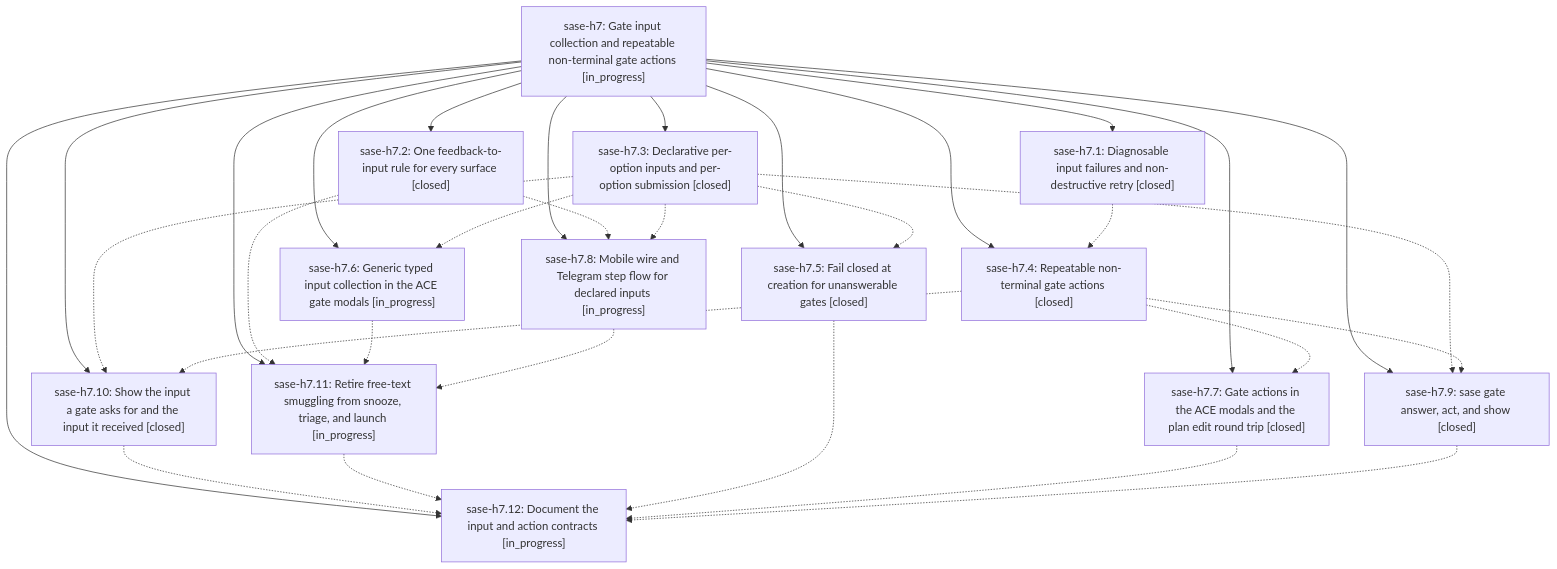
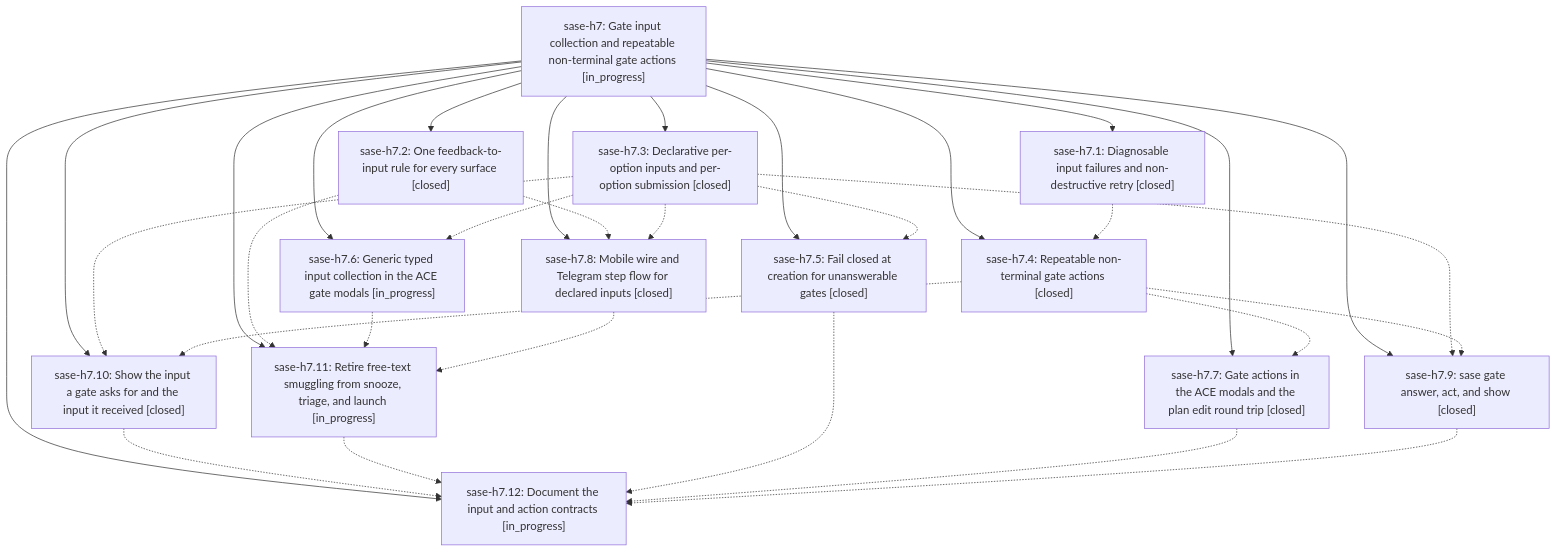
Before and after one commit to sase-org/sase--beads: the diagram in pages/sase-h7/README.md, drawn with Mermaid. The commit also changed other lines of this file and 5 other files, not shown here.

````diff
--- a/pages/sase-h7/README.md
+++ b/pages/sase-h7/README.md
@@ -56,46 +56,46 @@
 ```mermaid
 flowchart TD
     n0["sase-h7: Gate input collection and repeatable non-terminal gate actions [in_progress]"]
     n1["sase-h7.1: Diagnosable input failures and non-destructive retry [closed]"]
     n2["sase-h7.10: Show the input a gate asks for and the input it received [closed]"]
     n3["sase-h7.11: Retire free-text smuggling from snooze, triage, and launch [in_progress]"]
     n4["sase-h7.12: Document the input and action contracts [in_progress]"]
     n5["sase-h7.2: One feedback-to-input rule for every surface [closed]"]
     n6["sase-h7.3: Declarative per-option inputs and per-option submission [closed]"]
     n7["sase-h7.4: Repeatable non-terminal gate actions [closed]"]
     n8["sase-h7.5: Fail closed at creation for unanswerable gates [closed]"]
     n9["sase-h7.6: Generic typed input collection in the ACE gate modals [in_progress]"]
     n10["sase-h7.7: Gate actions in the ACE modals and the plan edit round trip [closed]"]
-    n11["sase-h7.8: Mobile wire and Telegram step flow for declared inputs [in_progress]"]
+    n11["sase-h7.8: Mobile wire and Telegram step flow for declared inputs [closed]"]
     n12["sase-h7.9: sase gate answer, act, and show [closed]"]
     n0 --> n1
     n0 --> n2
     n0 --> n3
     n0 --> n4
     n0 --> n5
     n0 --> n6
     n0 --> n7
     n0 --> n8
     n0 --> n9
     n0 --> n10
     n0 --> n11
     n0 --> n12
     n1 -.-> n7
     n2 -.-> n4
     n3 -.-> n4
     n5 -.-> n3
     n5 -.-> n11
     n6 -.-> n2
     n6 -.-> n8
     n6 -.-> n9
     n6 -.-> n11
     n6 -.-> n12
     n7 -.-> n2
     n7 -.-> n10
     n7 -.-> n12
     n8 -.-> n4
     n9 -.-> n3
     n10 -.-> n4
     n11 -.-> n3
     n12 -.-> n4
 ```
````
